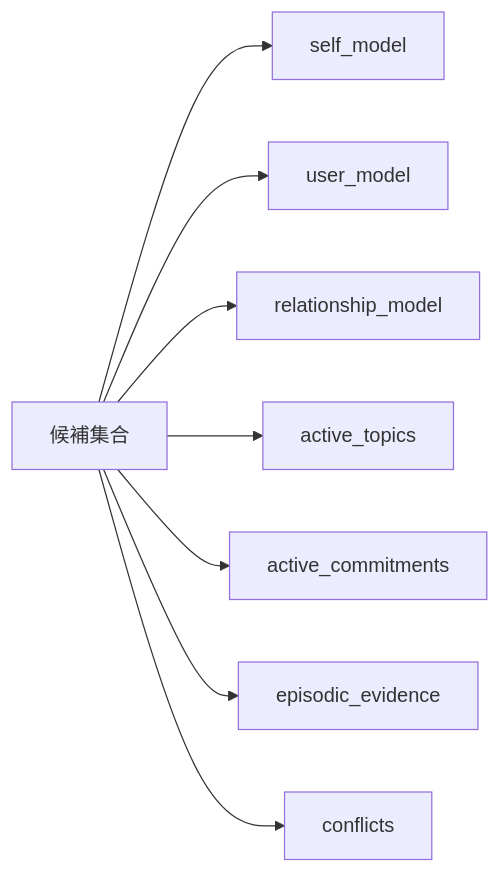
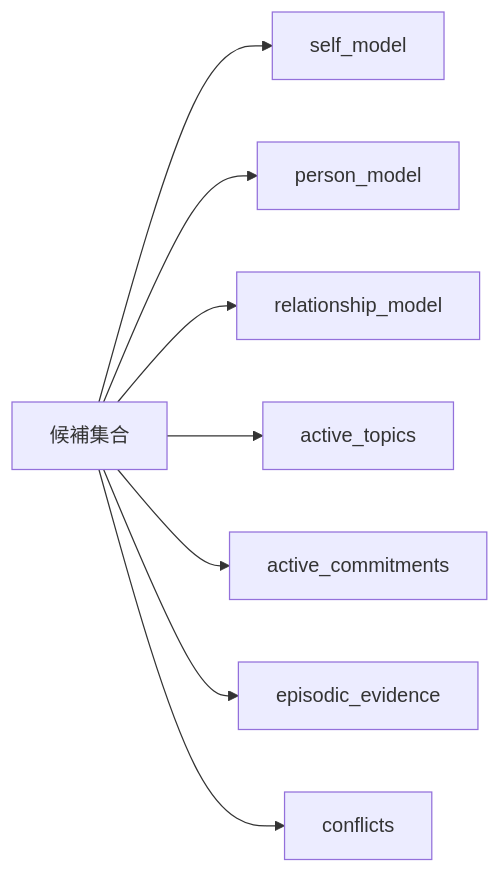
Before and after one commit to hirona98/OtomeKairo: the fourth of 4 diagrams in docs/design/memory/想起と判断フロー図.md, drawn with Mermaid. The commit also changed other lines of this file and 103 other files, not shown here.

````diff
--- a/docs/design/memory/想起と判断フロー図.md
+++ b/docs/design/memory/想起と判断フロー図.md
@@ -192,10 +192,10 @@
 ```mermaid
 flowchart LR
     A[候補集合] --> B[self_model]
-    A --> C[user_model]
+    A --> C[person_model]
     A --> D[relationship_model]
     A --> E[active_topics]
     A --> F[active_commitments]
     A --> G[episodic_evidence]
     A --> H[conflicts]
 ```
````
